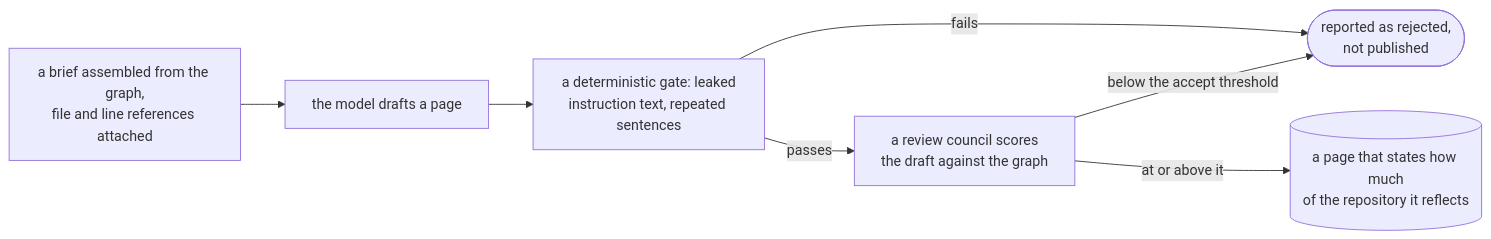
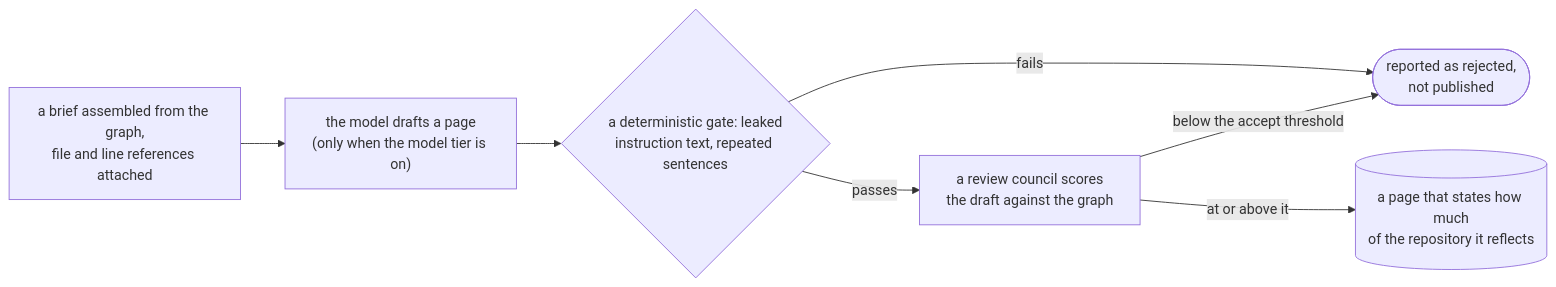
The fifth of 5 diagrams in docs/explained.md (sayak-sarkar/contextlake), drawn with Mermaid before and after one commit. The commit also changed other lines of this file and 11 other files, not shown here.

First line of the commit message:
docs(site): correct 22 claims and diagrams on 12 docs pages

````diff
--- a/docs/explained.md
+++ b/docs/explained.md
@@ -381,9 +397,9 @@
 ```mermaid
 flowchart LR
-  G["a brief assembled from the graph,<br/>file and line references attached"] --> D["the model drafts a page"]
-  D --> GATE["a deterministic gate: leaked<br/>instruction text, repeated sentences"]
+  G["a brief assembled from the graph,<br/>file and line references attached"] --> D["the model drafts a page<br/>(only when the model tier is on)"]
+  D --> GATE{"a deterministic gate: leaked<br/>instruction text, repeated sentences"}
   GATE -->|"fails"| REJ(["reported as rejected,<br/>not published"])
   GATE -->|"passes"| CO["a review council scores<br/>the draft against the graph"]
   CO -->|"below the accept threshold"| REJ
   CO -->|"at or above it"| PUB[("a page that states how much<br/>of the repository it reflects")]
 ```
````
